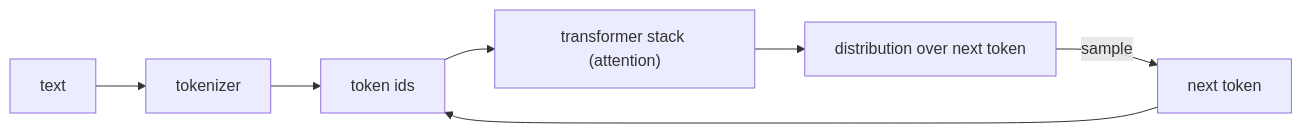
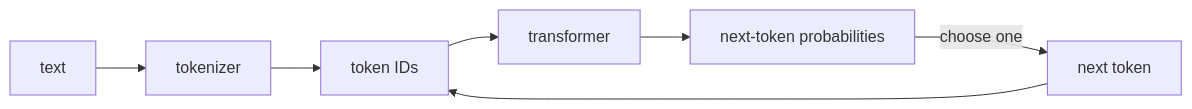
The diagram in docs/learn/00-how-llms-work.md (balureddy003/Naro), drawn with Mermaid before and after one commit. The commit also changed other lines of this file and 52 other files, not shown here.

````diff
--- a/docs/learn/00-how-llms-work.md
+++ b/docs/learn/00-how-llms-work.md
@@ -30,7 +22,8 @@
 ```mermaid
 flowchart LR
-    A["text"] --> B["tokenizer"] --> C["token ids"]
-    C --> D["transformer stack (attention)"]
-    D --> E["distribution over next token"]
-    E -->|sample| F["next token"] --> C
+    A["text"] --> B["tokenizer"] --> C["token IDs"]
+    C --> D["transformer"]
+    D --> E["next-token probabilities"]
+    E -->|choose one| F["next token"]
+    F --> C
 ```
````
